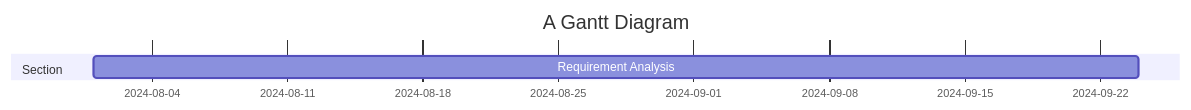
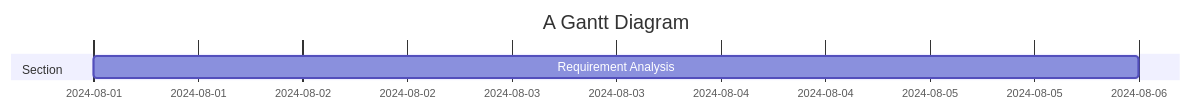
The diagram in all/Code Gantt Chart.md (sayshelley/iodraw-files), drawn with Mermaid before and after one commit.

Commit message:
2024-10-04 15:44:46 update

````diff
--- a/all/Code Gantt Chart.md
+++ b/all/Code Gantt Chart.md
@@ -1,11 +1,11 @@
 ```mermaid
 gantt
     title A Gantt Diagram
     dateFormat  YYYY-MM-DD
     section Section
-    Requirement Analysis        :a1, 2024-08-, 54d
+    Requirement Analysis        :a1, 2024-08-, 5d
     
 
 
    
 ```
````
